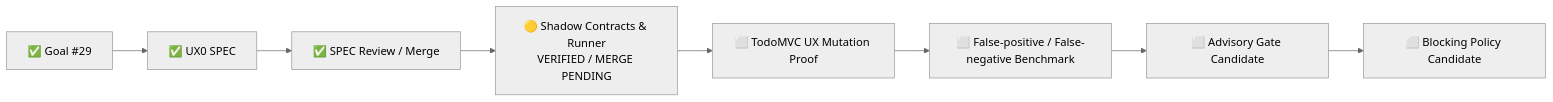
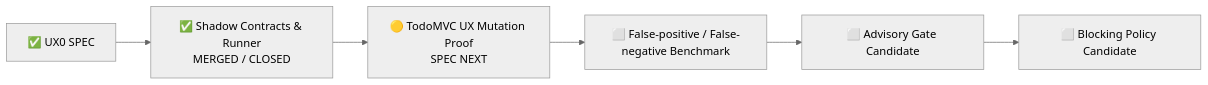
Before and after one commit to lsq1030757028/Pytest-playwright-e2e: the diagram in docs/ux-assurance-status.md, drawn with Mermaid (neutral theme). The commit also changed other lines of this file and 6 other files, not shown here.

````diff
--- a/docs/ux-assurance-status.md
+++ b/docs/ux-assurance-status.md
@@ -34,11 +35,9 @@
 ```mermaid
 flowchart LR
-    A[✅ Goal #29]
-    --> B[✅ UX0 SPEC]
-    --> C[✅ SPEC Review / Merge]
-    --> D[🟡 Shadow Contracts & Runner<br/>VERIFIED / MERGE PENDING]
-    --> E[⬜ TodoMVC UX Mutation Proof]
-    --> F[⬜ False-positive / False-negative Benchmark]
-    --> G[⬜ Advisory Gate Candidate]
-    --> H[⬜ Blocking Policy Candidate]
+    A[✅ UX0 SPEC]
+    --> B[✅ Shadow Contracts & Runner<br/>MERGED / CLOSED]
+    --> C[🟡 TodoMVC UX Mutation Proof<br/>SPEC NEXT]
+    --> D[⬜ False-positive / False-negative Benchmark]
+    --> E[⬜ Advisory Gate Candidate]
+    --> F[⬜ Blocking Policy Candidate]
 ```
````
